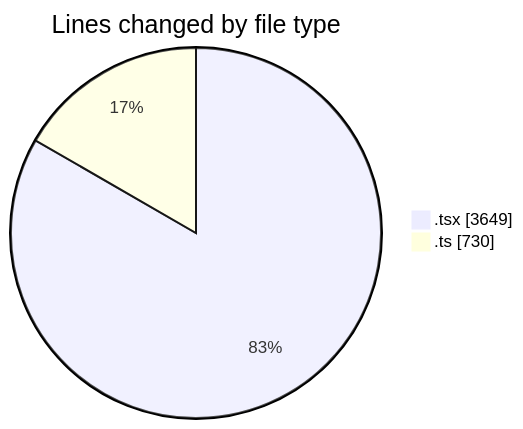
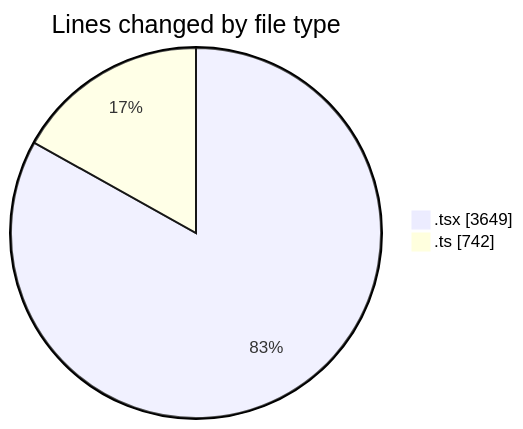
One commit to nxtqubesakshisongat/code-tracking changed the first of 2 diagrams in 2026-04-23/nxtqube_webapp/README.md. Above: the diagram before and after it, drawn with Mermaid. The commit also changed other lines of this file and 1 other file, not shown here.

````diff
--- a/2026-04-23/nxtqube_webapp/README.md
+++ b/2026-04-23/nxtqube_webapp/README.md
@@ -25,6 +25,6 @@
 ```mermaid
 pie showData
 title Lines changed by file type
 ".tsx" : 3649
-".ts" : 730
+".ts" : 742
 ```
````
